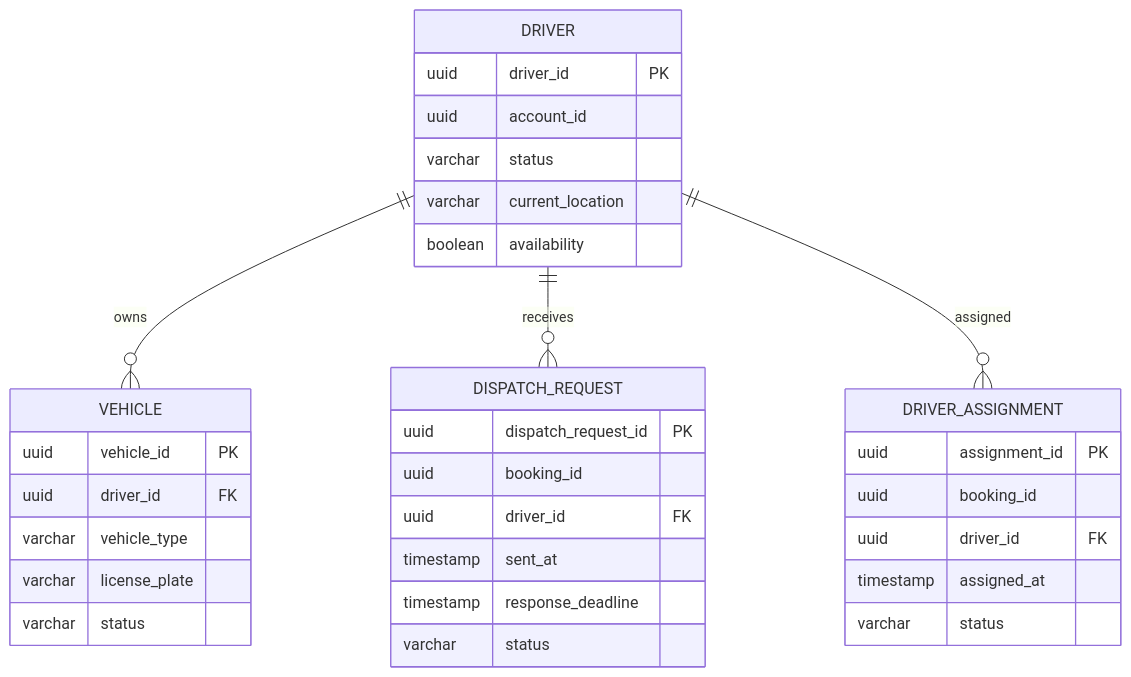
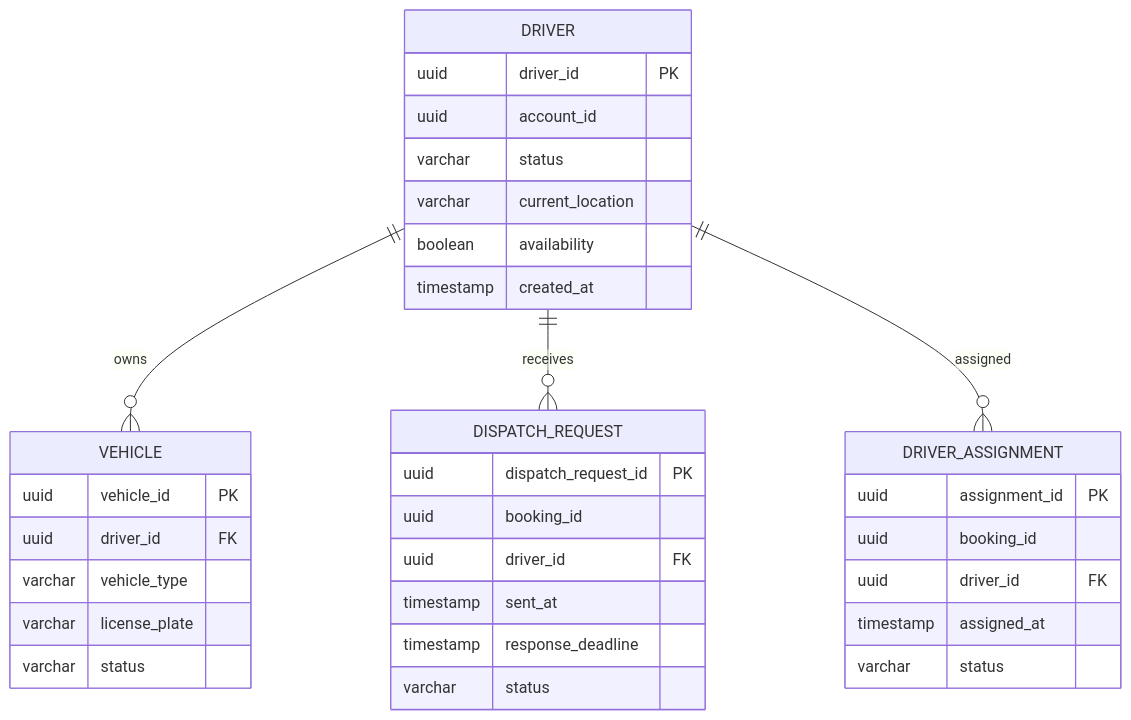
One commit to Phamha0601/23680571_PhamThiThuHa_CabSystem changed the ninth of 29 diagrams in Microservice_Design.md. Above: the diagram before and after it, drawn with Mermaid. The commit also changed other lines of this file, not shown here.

````diff
--- a/Microservice_Design.md
+++ b/Microservice_Design.md
@@ -611,40 +607,40 @@
 ```mermaid
 erDiagram
-
     DRIVER ||--o{ VEHICLE : owns
     DRIVER ||--o{ DISPATCH_REQUEST : receives
     DRIVER ||--o{ DRIVER_ASSIGNMENT : assigned
 
     DRIVER {
         uuid driver_id PK
         uuid account_id
         varchar status
         varchar current_location
         boolean availability
+        timestamp created_at
     }
 
     VEHICLE {
         uuid vehicle_id PK
         uuid driver_id FK
         varchar vehicle_type
         varchar license_plate
         varchar status
     }
 
     DISPATCH_REQUEST {
         uuid dispatch_request_id PK
         uuid booking_id
         uuid driver_id FK
         timestamp sent_at
         timestamp response_deadline
         varchar status
     }
 
     DRIVER_ASSIGNMENT {
         uuid assignment_id PK
         uuid booking_id
         uuid driver_id FK
         timestamp assigned_at
         varchar status
     }
 ```
````
